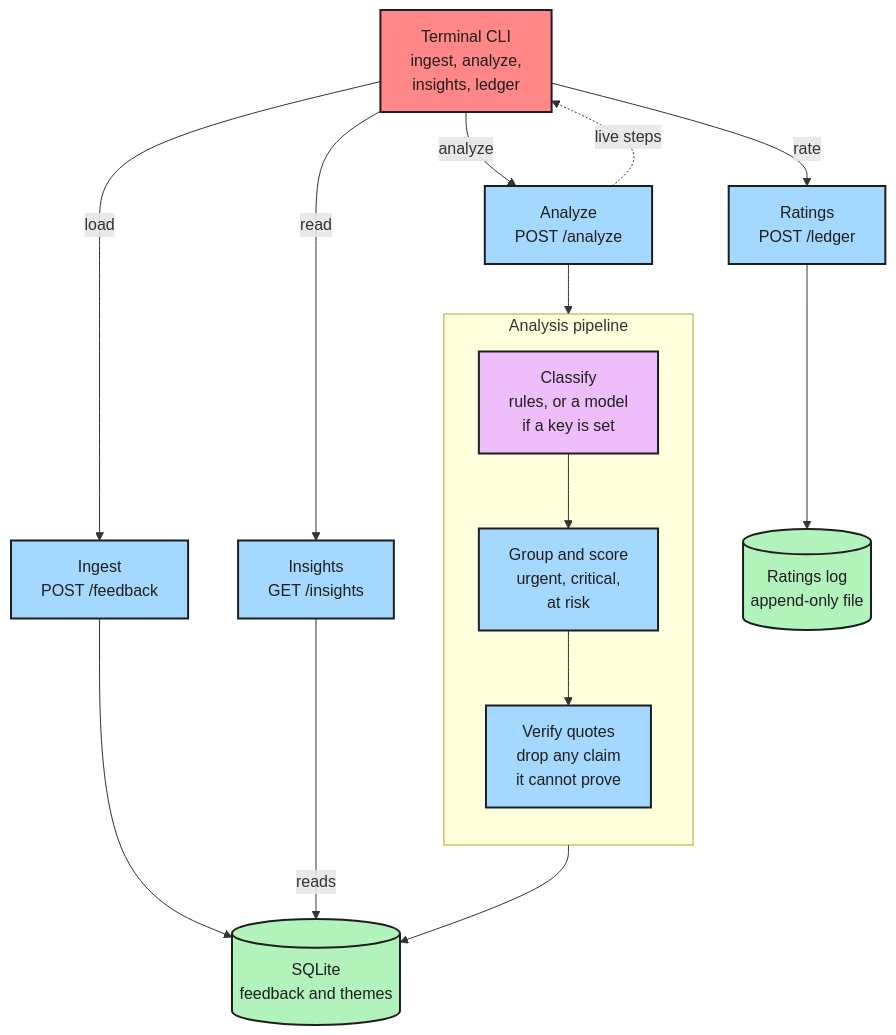
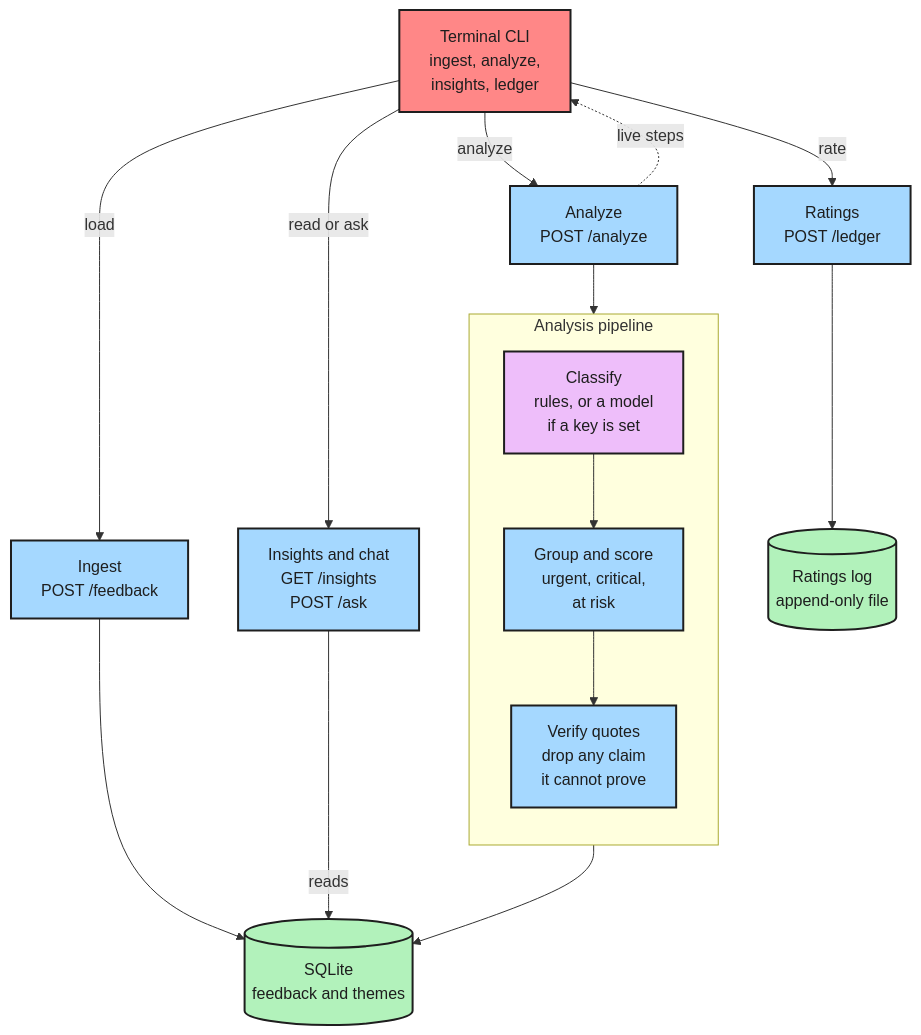
One commit to jameswniu/customer-feedback-insights changed the diagram in README.md. Above: the diagram before and after it, drawn with Mermaid. The commit also changed other lines of this file and 17 other files, not shown here.

````diff
--- a/README.md
+++ b/README.md
@@ -44,26 +45,26 @@
 ```mermaid
 flowchart TB
     CLI["Terminal CLI<br/>ingest, analyze,<br/>insights, ledger"]:::ui
 
     CLI -->|load| ING["Ingest<br/>POST /feedback"]:::api
     CLI -->|analyze| ANA["Analyze<br/>POST /analyze"]:::api
-    CLI -->|read| INS["Insights<br/>GET /insights"]:::api
+    CLI -->|read or ask| INS["Insights and chat<br/>GET /insights<br/>POST /ask"]:::api
     CLI -->|rate| RAT["Ratings<br/>POST /ledger"]:::api
 
     subgraph PIPE["Analysis pipeline"]
         direction TB
         CLS["Classify<br/>rules, or a model<br/>if a key is set"]:::model --> SCO["Group and score<br/>urgent, critical,<br/>at risk"]:::api --> VER["Verify quotes<br/>drop any claim<br/>it cannot prove"]:::api
     end
 
     ANA --> PIPE
     ANA -. "live steps" .-> CLI
     ING --> DB
     PIPE --> DB[("SQLite<br/>feedback and themes")]:::data
     INS -->|reads| DB
     RAT --> LED[("Ratings log<br/>append-only file")]:::data
 
     classDef ui fill:#ff8787,stroke:#1e1e1e,color:#1e1e1e,stroke-width:2px;
     classDef api fill:#a5d8ff,stroke:#1e1e1e,color:#1e1e1e,stroke-width:2px;
     classDef model fill:#eebefa,stroke:#1e1e1e,color:#1e1e1e,stroke-width:2px;
     classDef data fill:#b2f2bb,stroke:#1e1e1e,color:#1e1e1e,stroke-width:2px;
 ```
````
